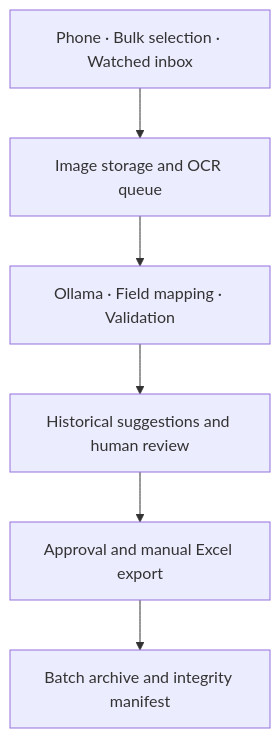
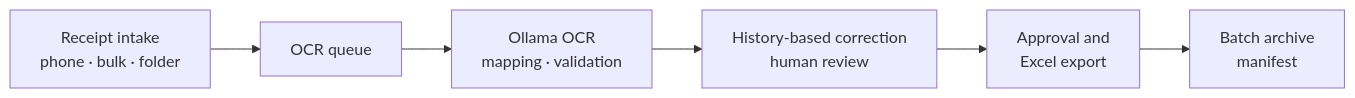
The second of 2 diagrams in README.md (MehmetEmreee/mazot-fis-takip-sistemi), drawn with Mermaid before and after one commit. The commit also changed other lines of this file, not shown here.

Commit message:
README akis diyagramini GitHub'da gorunur yap (yatay akis)

````diff
--- a/README.md
+++ b/README.md
@@ -374,8 +374,8 @@
 ```mermaid
-flowchart TD
-    A["Phone · Bulk selection · Watched inbox"] --> B["Image storage and OCR queue"]
-    B --> C["Ollama · Field mapping · Validation"]
-    C --> D["Historical suggestions and human review"]
-    D --> E["Approval and manual Excel export"]
-    E --> F["Batch archive and integrity manifest"]
+flowchart LR
+    A["Receipt intake<br/>phone · bulk · folder"] --> B["OCR queue"]
+    B --> C["Ollama OCR<br/>mapping · validation"]
+    C --> D["History-based correction<br/>human review"]
+    D --> E["Approval and<br/>Excel export"]
+    E --> F["Batch archive<br/>manifest"]
 ```
````
